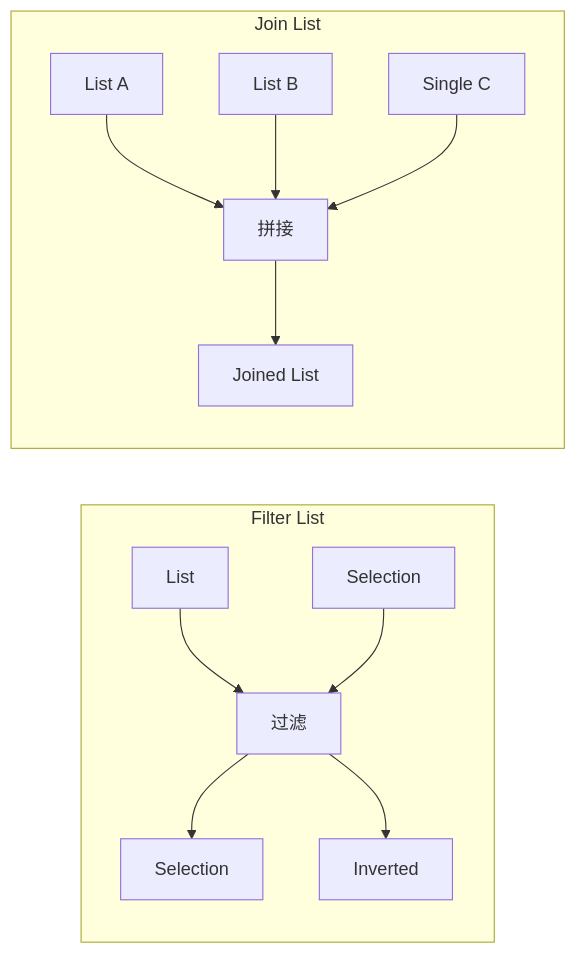
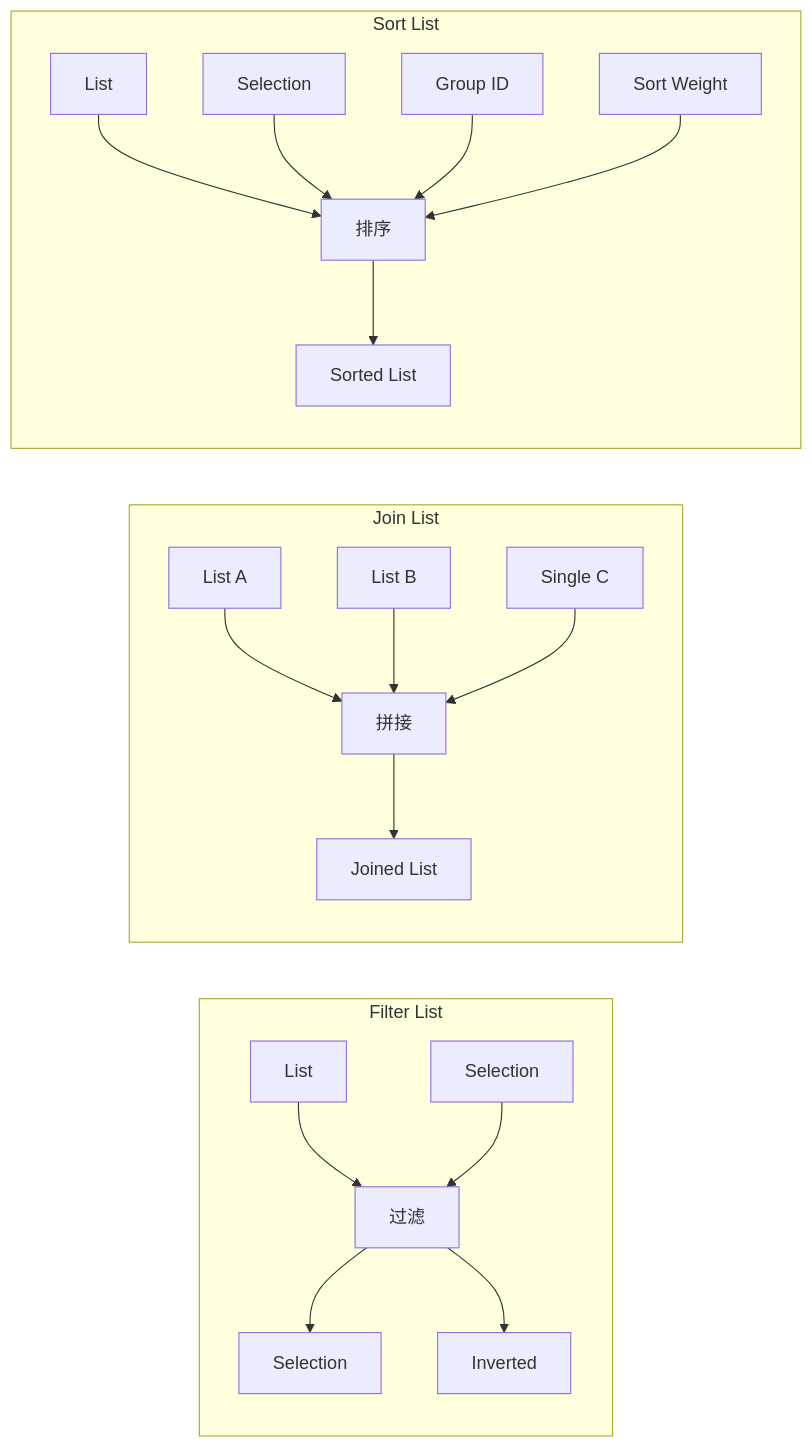
Before and after one commit to yunkezengren/blender-.vscode: the fifth of 7 diagrams in 杂/markdown/几何节点-列表/12-列表节点对比与设计总结.md, drawn with Mermaid. The commit also changed other lines of this file and 5 other files, not shown here.

````diff
--- a/杂/markdown/几何节点-列表/12-列表节点对比与设计总结.md
+++ b/杂/markdown/几何节点-列表/12-列表节点对比与设计总结.md
@@ -145,16 +153,24 @@
 ```mermaid
 graph LR
     subgraph "Filter List"
         FL_List["List"] --> FL["过滤"]
         FL_Sel["Selection"] --> FL
         FL --> FL_S["Selection"]
         FL --> FL_I["Inverted"]
     end
 
     subgraph "Join List"
         JL_List1["List A"] --> JL["拼接"]
         JL_List2["List B"] --> JL
         JL_Single["Single C"] --> JL
         JL --> JL_Out["Joined List"]
     end
+
+    subgraph "Sort List"
+        SL_List["List"] --> SL["排序"]
+        SL_Sel["Selection"] --> SL
+        SL_GID["Group ID"] --> SL
+        SL_WT["Sort Weight"] --> SL
+        SL --> SL_Out["Sorted List"]
+    end
 ```
````
